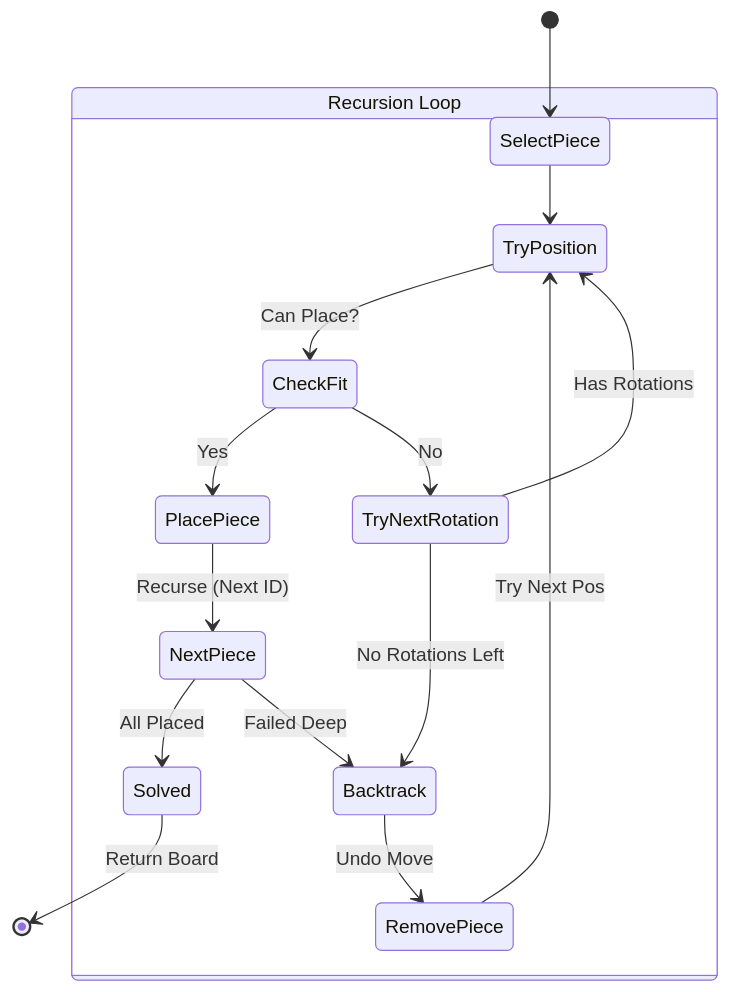
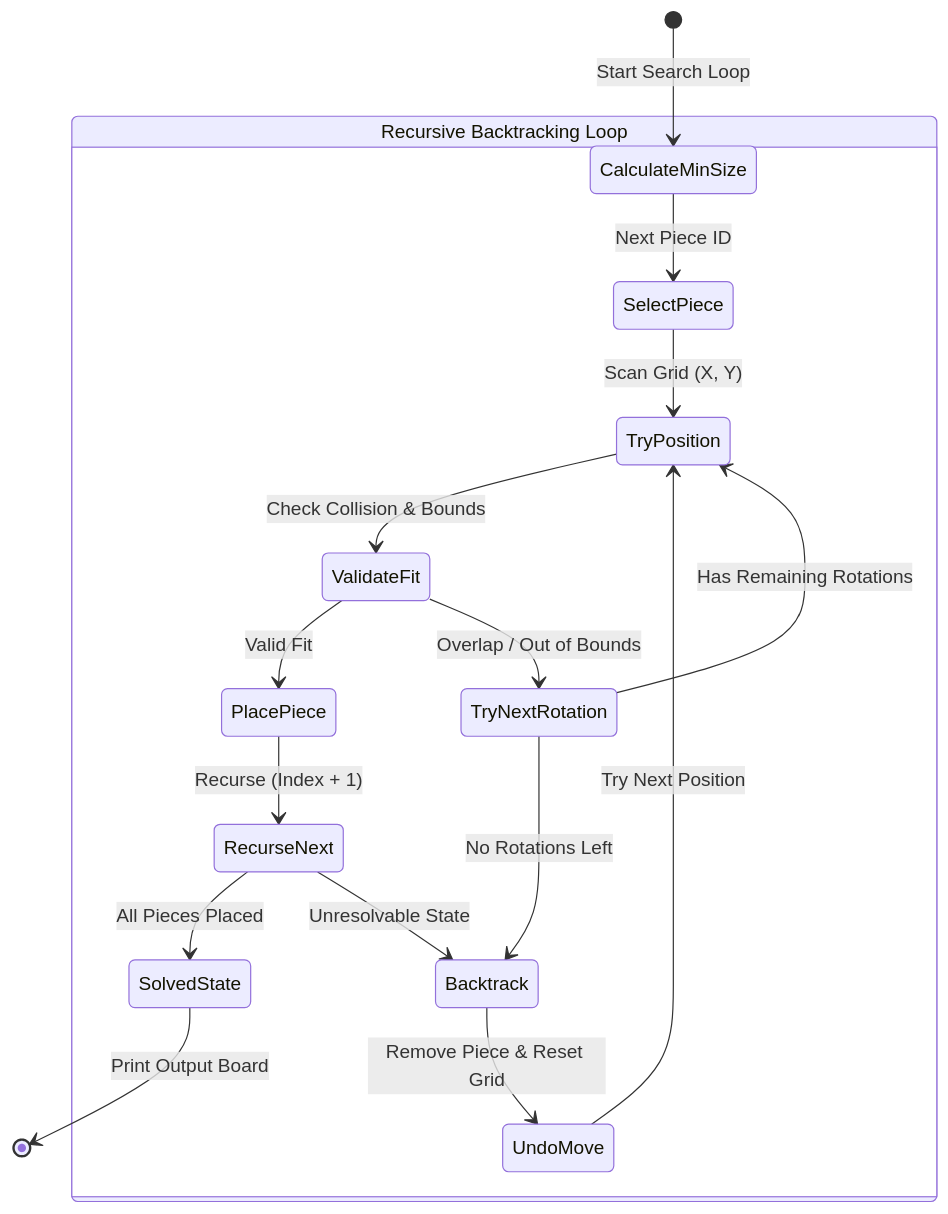
Before and after one commit to sahmedhusain/tetraopt: the second of 2 diagrams in README.md, drawn with Mermaid. The commit also changed other lines of this file and 3 other files, not shown here.

````diff
--- a/README.md
+++ b/README.md
@@ -100,24 +55,25 @@
 ```mermaid
 stateDiagram-v2
-    [*] --> SelectPiece
+    [*] --> CalculateMinSize: Start Search Loop
 
-    state "Recursion Loop" as Loop {
-        SelectPiece --> TryPosition
-        TryPosition --> CheckFit: Can Place?
-
-        CheckFit --> PlacePiece: Yes
-        PlacePiece --> NextPiece: Recurse (Next ID)
-
-        CheckFit --> TryNextRotation: No
-        TryNextRotation --> TryPosition: Has Rotations
+    state "Recursive Backtracking Loop" as SolverLoop {
+        CalculateMinSize --> SelectPiece: Next Piece ID
+        SelectPiece --> TryPosition: Scan Grid (X, Y)
+        TryPosition --> ValidateFit: Check Collision & Bounds
+        
+        ValidateFit --> PlacePiece: Valid Fit
+        PlacePiece --> RecurseNext: Recurse (Index + 1)
+        
+        ValidateFit --> TryNextRotation: Overlap / Out of Bounds
+        TryNextRotation --> TryPosition: Has Remaining Rotations
         TryNextRotation --> Backtrack: No Rotations Left
-
-        NextPiece --> Solved: All Placed
-        NextPiece --> Backtrack: Failed Deep
-
-        Backtrack --> RemovePiece: Undo Move
-        RemovePiece --> TryPosition: Try Next Pos
+        
+        RecurseNext --> SolvedState: All Pieces Placed
+        RecurseNext --> Backtrack: Unresolvable State
+        
+        Backtrack --> UndoMove: Remove Piece & Reset Grid
+        UndoMove --> TryPosition: Try Next Position
     }
 
-    Solved --> [*]: Return Board
+    SolvedState --> [*]: Print Output Board
 ```
````
